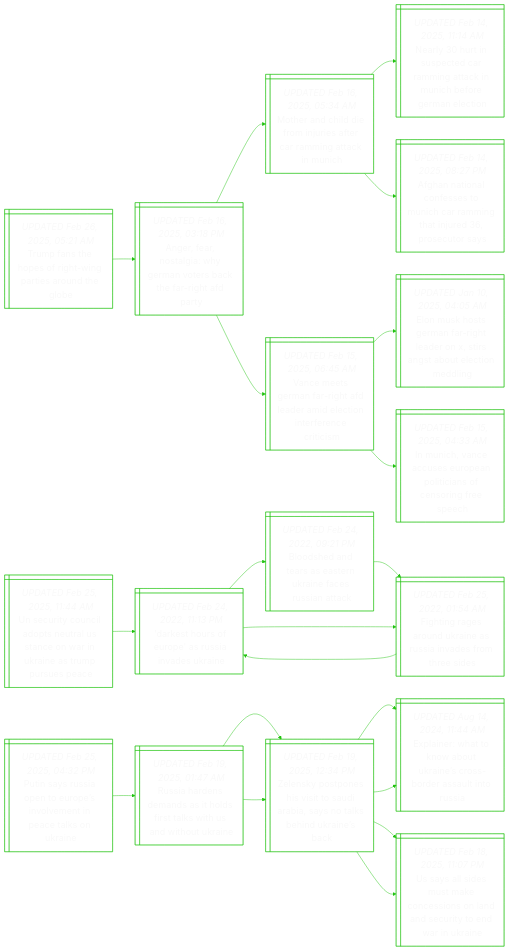
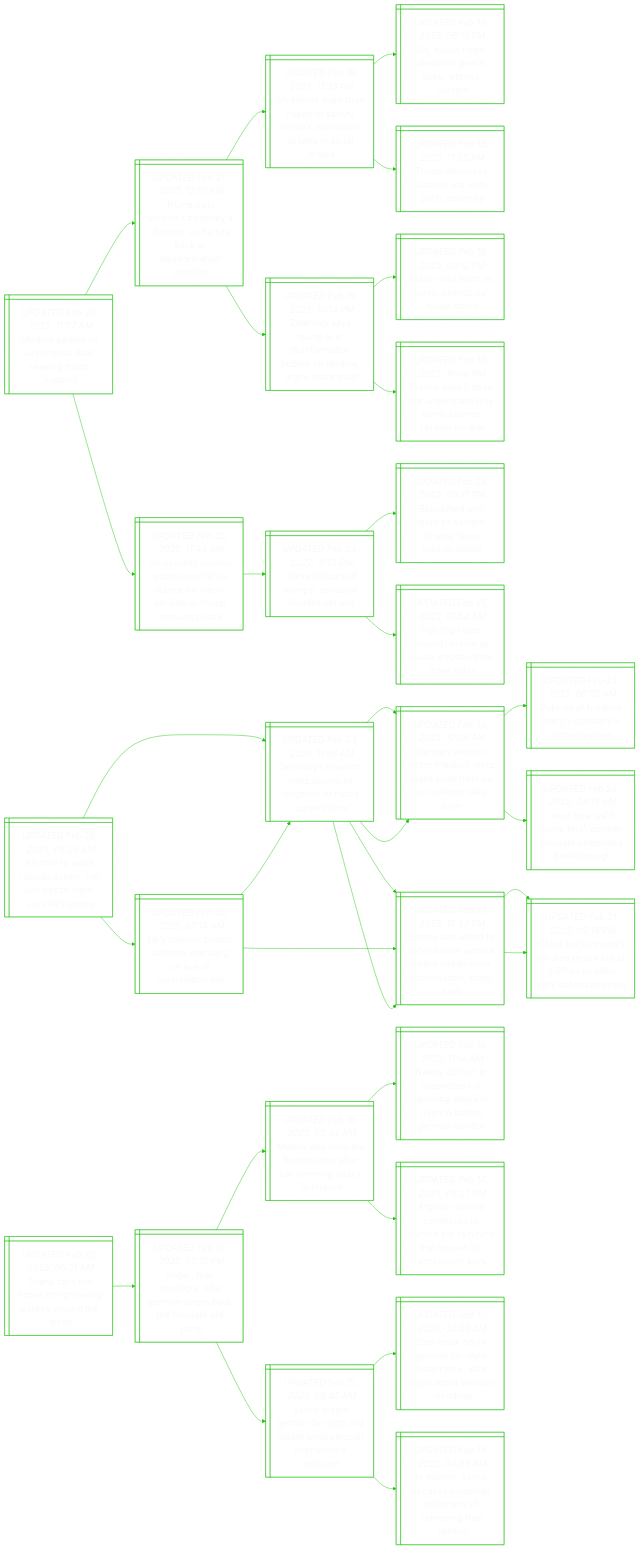
Before and after one commit to notJmes/notJmes: the diagram in README.md, drawn with Mermaid. The commit also changed other lines of this file, not shown here.

````diff
--- a/README.md
+++ b/README.md
@@ -15,6 +15,83 @@
 %%{init: {'theme':'base', 'themeVariables': {'primaryColor': "transparent", 'primaryTextColor': "#F9F9F9", 'lineColor': "#20C20E", 'primaryBorderColor':'#20C20E'}}}%%
 flowchart LR
 classDef txtsize font-size:20px;
+
+UneUedegpo@{ shape: win-pane, label: "_UPDATED Feb 26, 2025, 11:57 AM_
+Ukraine agrees on us minerals deal, seeking trump support" }
+TcUnlytaicioiis@{ shape: win-pane, label: "_UPDATED Feb 21, 2025, 12:19 AM_
+Trump calls ukraine’s zelensky a ‘dictator’ as he hits back at ‘disinformation’ criticism" }
+Umehtiusrnanii@{ shape: win-pane, label: "_UPDATED Feb 19, 2025, 11:33 PM_
+Us seems more than happy to satisfy russia’s aspirations at talks in saudi arabia" }
+Usreptwua@{ shape: win-pane, label: "_UPDATED Feb 19, 2025, 06:15 PM_
+Us, russia forge ahead on peace talks, without ukraine" }
+Tdskeitly@{ shape: win-pane, label: "_UPDATED Feb 13, 2025, 11:02 AM_
+Trump discusses ukraine war with putin, zelensky" }
+Zsymnnaberumr@{ shape: win-pane, label: "_UPDATED Feb 19, 2025, 10:14 PM_
+Zelensky says trump is in ‘disinformation’ bubble on ukraine, urges ‘more truth’" }
+Mrlspdupy@{ shape: win-pane, label: "_UPDATED Feb 19, 2025, 03:12 PM_
+Major risks loom as trump upends us’ russia policy" }
+Feisnthmmrfr@{ shape: win-pane, label: "_UPDATED Feb 19, 2025, 10:06 PM_
+France says it does not understand why trump blames ukraine for war" }
+UuCipuUnwUnruse@{ shape: win-pane, label: "_UPDATED Feb 25, 2025, 11:44 AM_
+Un security council adopts neutral us stance on war in ukraine as trump pursues peace" }
+DsruasvUn@{ shape: win-pane, label: "_UPDATED Feb 24, 2022, 11:13 PM_
+'darkest hours of europe' as russia invades ukraine" }
+Bsnranicsak@{ shape: win-pane, label: "_UPDATED Feb 24, 2022, 09:21 PM_
+Bloodshed and tears as eastern ukraine faces russian attack" }
+Figokesnsts@{ shape: win-pane, label: "_UPDATED Feb 25, 2022, 01:54 AM_
+Fighting rages around ukraine as russia invades from three sides" }
+
+UneUedegpo:::txtsize --> TcUnlytaicioiis:::txtsize
+TcUnlytaicioiis:::txtsize --> Umehtiusrnanii:::txtsize
+Umehtiusrnanii:::txtsize --> Usreptwua:::txtsize
+Umehtiusrnanii:::txtsize --> Tdskeitly:::txtsize
+TcUnlytaicioiis:::txtsize --> Zsymnnaberumr:::txtsize
+Zsymnnaberumr:::txtsize --> Mrlspdupy:::txtsize
+Zsymnnaberumr:::txtsize --> Feisnthmmrfr:::txtsize
+UneUedegpo:::txtsize --> UuCipuUnwUnruse:::txtsize
+UuCipuUnwUnruse:::txtsize --> DsruasvUn:::txtsize
+DsruasvUn:::txtsize --> Bsnranicsak:::txtsize
+DsruasvUn:::txtsize --> Figokesnsts:::txtsize
+
+Imeuntjrtasy@{ shape: win-pane, label: "_UPDATED Feb 26, 2025, 09:20 AM_
+It’s time to seize russian assets, not just freeze them, says uk’s lammy" }
+Uabsnegesti@{ shape: win-pane, label: "_UPDATED Feb 26, 2025, 02:14 AM_
+Uk’s starmer boosts defence spending on eve of washington trip" }
+Gnicztlvfser@{ shape: win-pane, label: "_UPDATED Feb 24, 2025, 11:56 AM_
+Germany’s friedrich merz questions longevity of nato’s ‘current form’" }
+GntiFreavositl@{ shape: win-pane, label: "_UPDATED Feb 24, 2025, 10:36 AM_
+German election victor friedrich merz plans pivot from us as coalition talks loom" }
+Eeftesittsciods@{ shape: win-pane, label: "_UPDATED Feb 21, 2025, 10:52 PM_
+Europe can afford to defend itself without us but needs more coordination, study says" }
+Eeftesittsciods@{ shape: win-pane, label: "_UPDATED Feb 21, 2025, 10:52 PM_
+Europe can afford to defend itself without us but needs more coordination, study says" }
+CbTsiadslaeZs@{ shape: win-pane, label: "_UPDATED Feb 21, 2025, 05:19 PM_
+China backs trump’s ukraine peace bid at g-20 as us allies rally behind zelensky" }
+Gnicztlvfser@{ shape: win-pane, label: "_UPDATED Feb 24, 2025, 11:56 AM_
+Germany’s friedrich merz questions longevity of nato’s ‘current form’" }
+GntiFreavositl@{ shape: win-pane, label: "_UPDATED Feb 24, 2025, 10:36 AM_
+German election victor friedrich merz plans pivot from us as coalition talks loom" }
+PiFreeyst@{ shape: win-pane, label: "_UPDATED Feb 24, 2025, 06:55 AM_
+Policies of friedrich merz's germany's conservatives" }
+Niletarcrbtg@{ shape: win-pane, label: "_UPDATED Feb 24, 2025, 04:19 AM_
+‘next time we’ll come first’: german far-right celebrates breakthrough" }
+Eeftesittsciods@{ shape: win-pane, label: "_UPDATED Feb 21, 2025, 10:52 PM_
+Europe can afford to defend itself without us but needs more coordination, study says" }
+CbTsiadslaeZs@{ shape: win-pane, label: "_UPDATED Feb 21, 2025, 05:19 PM_
+China backs trump’s ukraine peace bid at g-20 as us allies rally behind zelensky" }
+
+Imeuntjrtasy:::txtsize --> Uabsnegesti:::txtsize
+Uabsnegesti:::txtsize --> Gnicztlvfser:::txtsize
+Gnicztlvfser:::txtsize --> GntiFreavositl:::txtsize
+Gnicztlvfser:::txtsize --> Eeftesittsciods:::txtsize
+Uabsnegesti:::txtsize --> Eeftesittsciods:::txtsize
+Eeftesittsciods:::txtsize --> CbTsiadslaeZs:::txtsize
+Imeuntjrtasy:::txtsize --> Gnicztlvfser:::txtsize
+Gnicztlvfser:::txtsize --> GntiFreavositl:::txtsize
+GntiFreavositl:::txtsize --> PiFreeyst:::txtsize
+GntiFreavositl:::txtsize --> Niletarcrbtg:::txtsize
+Gnicztlvfser:::txtsize --> Eeftesittsciods:::txtsize
+Eeftesittsciods:::txtsize --> CbTsiadslaeZs:::txtsize
 
 Tfheiiradl@{ shape: win-pane, label: "_UPDATED Feb 26, 2025, 05:21 AM_
 Trump fans the hopes of right-wing parties around the globe" }
@@ -41,48 +118,4 @@
 VmGnifdicifctm:::txtsize --> EusrahdXsttten:::txtsize
 VmGnifdicifctm:::txtsize --> IincEelifofp:::txtsize
 
-UuCipuUnwUnruse@{ shape: win-pane, label: "_UPDATED Feb 25, 2025, 11:44 AM_
-Un security council adopts neutral us stance on war in ukraine as trump pursues peace" }
-DsruasvUn@{ shape: win-pane, label: "_UPDATED Feb 24, 2022, 11:13 PM_
-'darkest hours of europe' as russia invades ukraine" }
-Bsnranicsak@{ shape: win-pane, label: "_UPDATED Feb 24, 2022, 09:21 PM_
-Bloodshed and tears as eastern ukraine faces russian attack" }
-Figokesnsts@{ shape: win-pane, label: "_UPDATED Feb 25, 2022, 01:54 AM_
-Fighting rages around ukraine as russia invades from three sides" }
-Figokesnsts@{ shape: win-pane, label: "_UPDATED Feb 25, 2022, 01:54 AM_
-Fighting rages around ukraine as russia invades from three sides" }
-DsruasvUn@{ shape: win-pane, label: "_UPDATED Feb 24, 2022, 11:13 PM_
-'darkest hours of europe' as russia invades ukraine" }
-
-UuCipuUnwUnruse:::txtsize --> DsruasvUn:::txtsize
-DsruasvUn:::txtsize --> Bsnranicsak:::txtsize
-Bsnranicsak:::txtsize --> Figokesnsts:::txtsize
-DsruasvUn:::txtsize --> Figokesnsts:::txtsize
-Figokesnsts:::txtsize --> DsruasvUn:::txtsize
-
-Psuoopvmnesr@{ shape: win-pane, label: "_UPDATED Feb 25, 2025, 04:32 PM_
-Putin says russia open to europe’s involvement in peace talks on ukraine" }
-RaemaoiaiatUn@{ shape: win-pane, label: "_UPDATED Feb 19, 2025, 01:47 AM_
-Russia hardens demands as it holds first talks with us and without ukraine" }
-ZssevtdbyaeUnc@{ shape: win-pane, label: "_UPDATED Feb 19, 2025, 12:34 PM_
-Zelensky postpones his visit to saudi arabia, says no talks behind ukraine’s back" }
-Eihkbkesdsiu@{ shape: win-pane, label: "_UPDATED Aug 14, 2024, 11:44 AM_
-Explainer: what to know about ukraine’s cross-border assault into russia" }
-UsiukcolnutwUn@{ shape: win-pane, label: "_UPDATED Feb 18, 2025, 11:07 PM_
-Us says all sides must make concessions on land and security to end war in ukraine" }
-ZssevtdbyaeUnc@{ shape: win-pane, label: "_UPDATED Feb 19, 2025, 12:34 PM_
-Zelensky postpones his visit to saudi arabia, says no talks behind ukraine’s back" }
-Eihkbkesdsiu@{ shape: win-pane, label: "_UPDATED Aug 14, 2024, 11:44 AM_
-Explainer: what to know about ukraine’s cross-border assault into russia" }
-UsiukcolnutwUn@{ shape: win-pane, label: "_UPDATED Feb 18, 2025, 11:07 PM_
-Us says all sides must make concessions on land and security to end war in ukraine" }
-
-Psuoopvmnesr:::txtsize --> RaemaoiaiatUn:::txtsize
-RaemaoiaiatUn:::txtsize --> ZssevtdbyaeUnc:::txtsize
-ZssevtdbyaeUnc:::txtsize --> Eihkbkesdsiu:::txtsize
-ZssevtdbyaeUnc:::txtsize --> UsiukcolnutwUn:::txtsize
-RaemaoiaiatUn:::txtsize --> ZssevtdbyaeUnc:::txtsize
-ZssevtdbyaeUnc:::txtsize --> Eihkbkesdsiu:::txtsize
-ZssevtdbyaeUnc:::txtsize --> UsiukcolnutwUn:::txtsize
-
 ```
````
